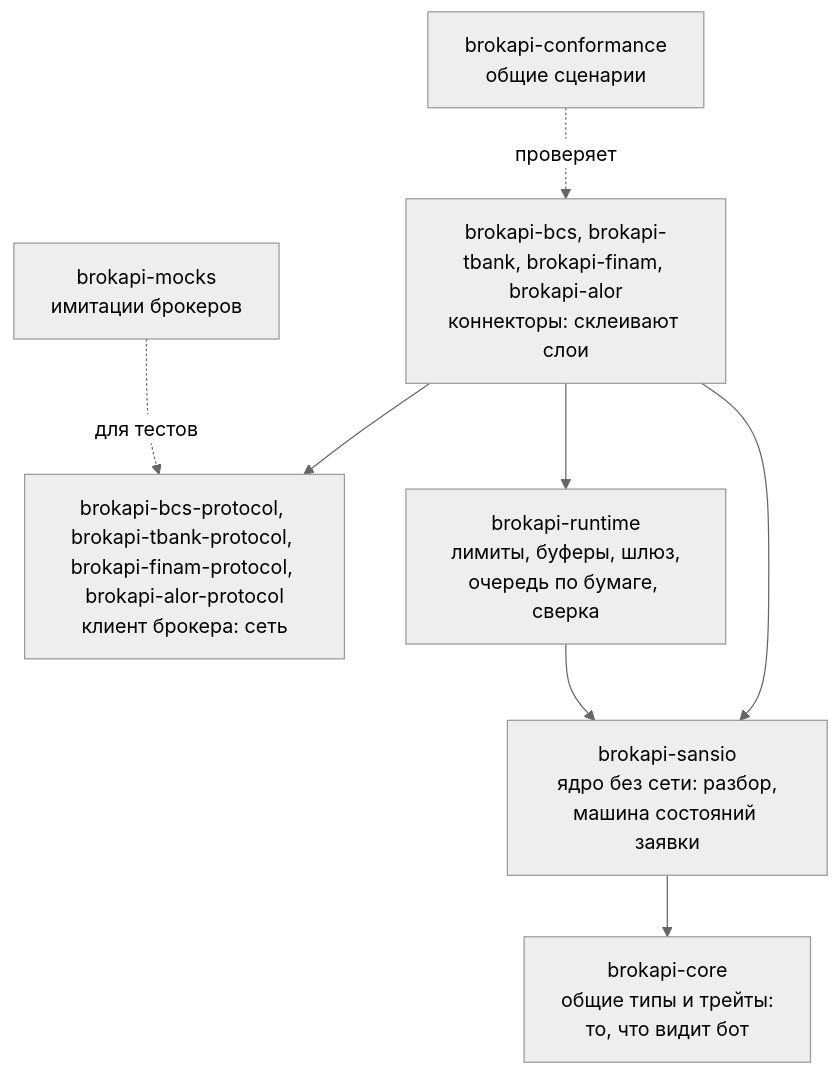
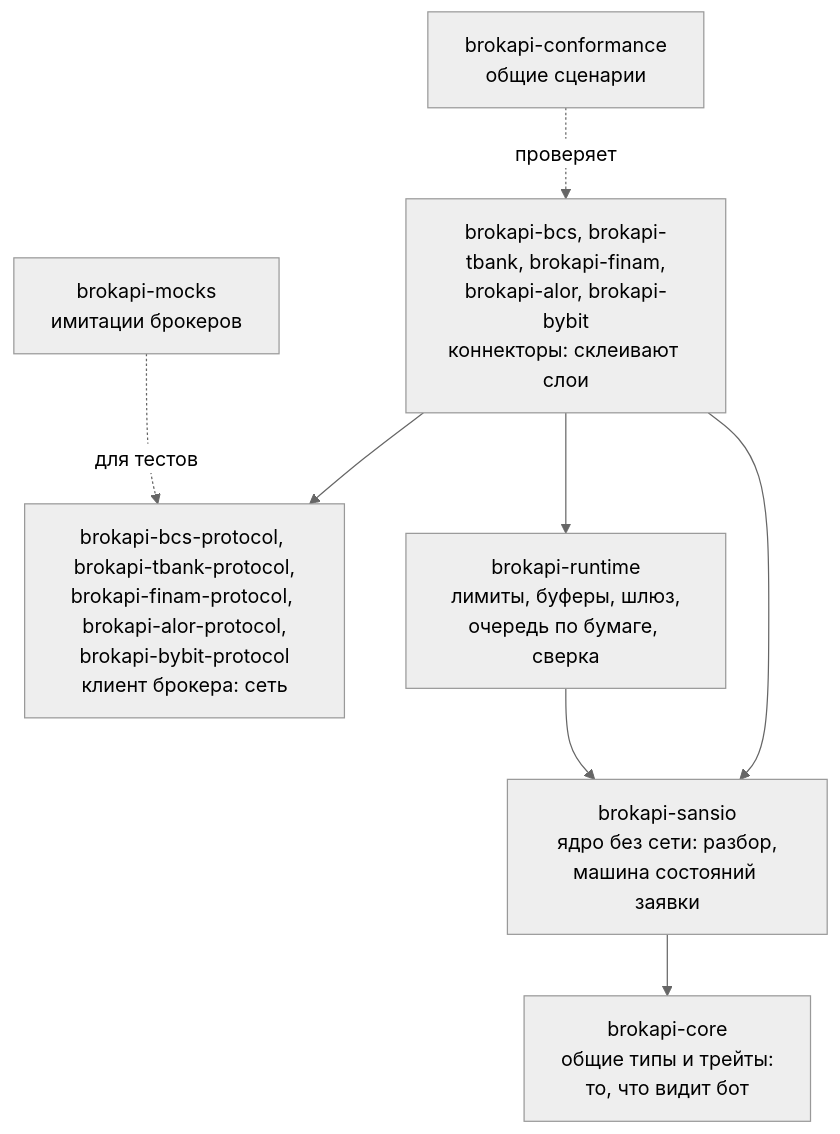
Before and after one commit to runinfra/brokapi: the second of 5 diagrams in docs/src/architecture.md, drawn with Mermaid (neutral theme). The commit also changed 47 other files, not shown here.

````diff
--- a/docs/src/architecture.md
+++ b/docs/src/architecture.md
@@ -66,12 +66,12 @@
 ```mermaid
 flowchart TB
-  CONN[brokapi-bcs, brokapi-tbank, brokapi-finam, brokapi-alor<br>коннекторы: склеивают слои]
-  PROTO[brokapi-bcs-protocol, brokapi-tbank-protocol, brokapi-finam-protocol, brokapi-alor-protocol<br>клиент брокера: сеть]
+  CONN[brokapi-bcs, brokapi-tbank, brokapi-finam,<br>brokapi-alor, brokapi-bybit<br>коннекторы: склеивают слои]
+  PROTO[brokapi-bcs-protocol, brokapi-tbank-protocol,<br>brokapi-finam-protocol, brokapi-alor-protocol,<br>brokapi-bybit-protocol<br>клиент брокера: сеть]
   RT[brokapi-runtime<br>лимиты, буферы, шлюз,<br>очередь по бумаге, сверка]
   SANS[brokapi-sansio<br>ядро без сети: разбор,<br>машина состояний заявки]
   CORE[brokapi-core<br>общие типы и трейты:<br>то, что видит бот]
   CONN --> PROTO & RT & SANS
   RT --> SANS --> CORE
   MOCK[brokapi-mocks<br>имитации брокеров] -. для тестов .-> PROTO
   CONF[brokapi-conformance<br>общие сценарии] -. проверяет .-> CONN
 ```
````
